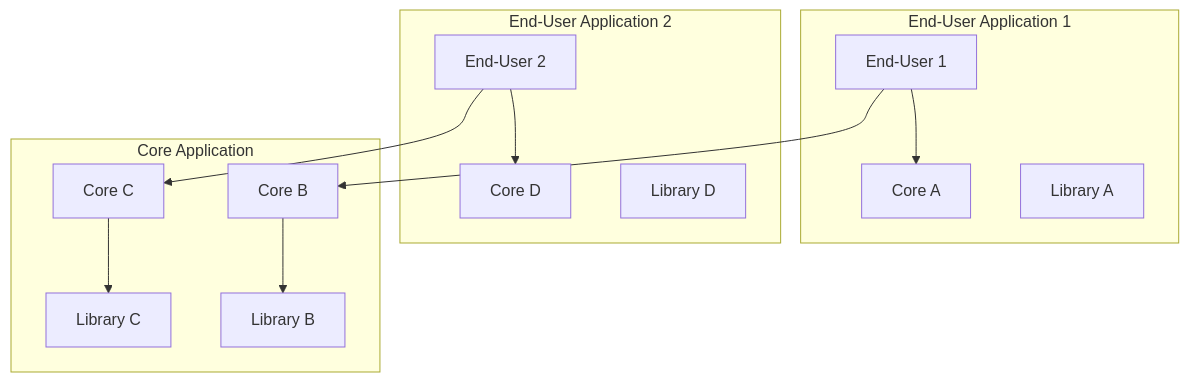
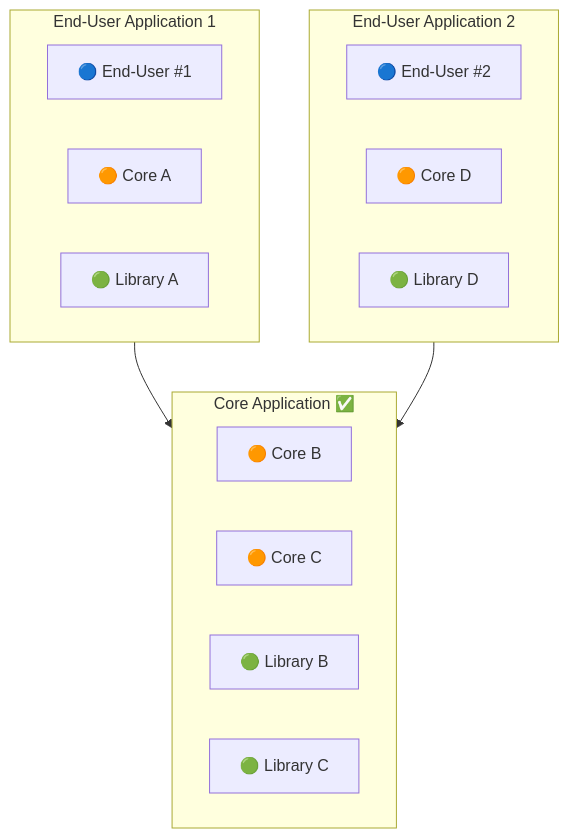
Before and after one commit to kckworld/outsystems_study: the fifth of 5 diagrams in Architecture Specialist (O11)/04_Chapter5_Application_Composition.md, drawn with Mermaid. The commit also changed other lines of this file and 5 other files, not shown here.

````diff
--- a/Architecture Specialist (O11)/04_Chapter5_Application_Composition.md
+++ b/Architecture Specialist (O11)/04_Chapter5_Application_Composition.md
@@ -160,28 +197,22 @@
 ```mermaid
 graph TD
-  subgraph End-User Application 1
-    EU1[End-User 1]
-    CoreA[Core A]
-    LibA[Library A]
+  subgraph App1["End-User Application 1"]
+    EU1["🔵 End-User #1"]
+    CA["🟠 Core A"]
+    LA["🟢 Library A"]
+  end
+  subgraph App2["End-User Application 2"]
+    EU2["🔵 End-User #2"]
+    CD["🟠 Core D"]
+    LD["🟢 Library D"]
+  end
+  subgraph CoreApp["Core Application ✅"]
+    CB["🟠 Core B"]
+    CC["🟠 Core C"]
+    LB["🟢 Library B"]
+    LC["🟢 Library C"]
   end
 
-  subgraph End-User Application 2
-    EU2[End-User 2]
-    CoreD[Core D]
-    LibD[Library D]
-  end
-
-  subgraph Core Application
-    CoreB[Core B]
-    CoreC[Core C]
-    LibB[Library B]
-    LibC[Library C]
-  end
-
-  EU1 --> CoreA
-  EU2 --> CoreD
-  EU1 --> CoreB
-  EU2 --> CoreC
-  CoreB --> LibB
-  CoreC --> LibC
+  App1 --> CoreApp
+  App2 --> CoreApp
 ```
````
